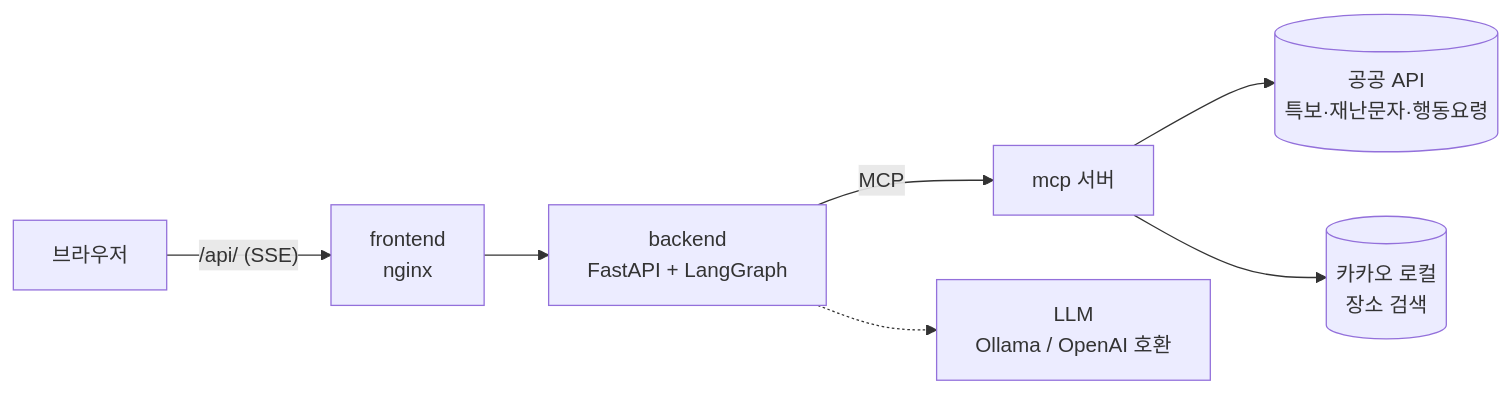
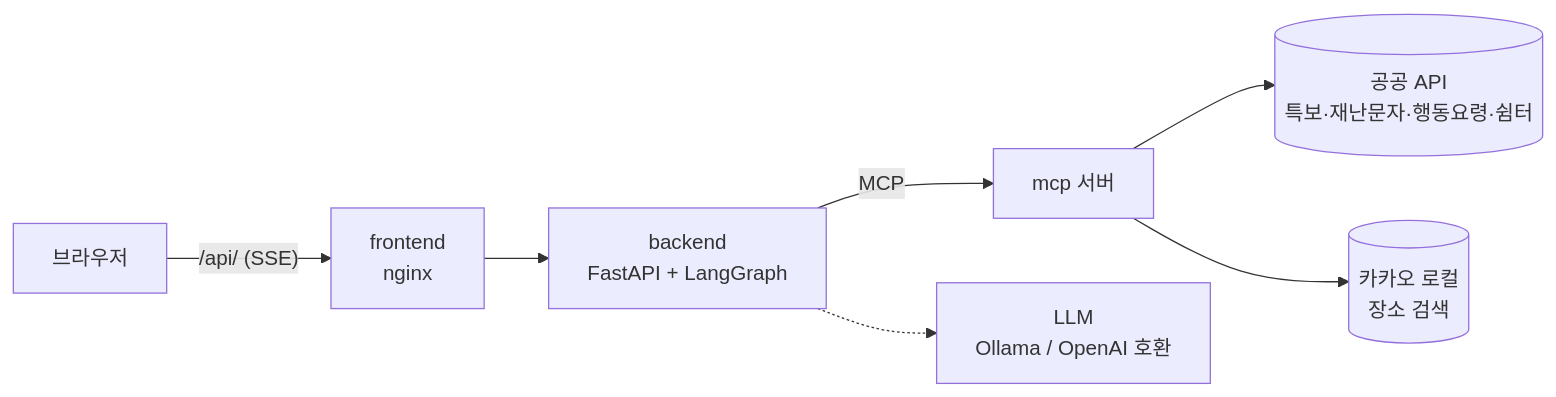
The first of 2 diagrams in README.md (DDARK00/disaster-alert-agent), drawn with Mermaid before and after one commit. The commit also changed other lines of this file, not shown here.

````diff
--- a/README.md
+++ b/README.md
@@ -15,9 +15,9 @@
 ```mermaid
 flowchart LR
     U[브라우저] -->|"/api/ (SSE)"| F[frontend<br/>nginx]
     F --> B[backend<br/>FastAPI + LangGraph]
     B -->|MCP| M[mcp 서버]
-    M --> A[(공공 API<br/>특보·재난문자·행동요령)]
+    M --> A[(공공 API<br/>특보·재난문자·행동요령·쉼터)]
     M --> K[(카카오 로컬<br/>장소 검색)]
     B -.-> L[LLM<br/>Ollama / OpenAI 호환]
 ```
````
